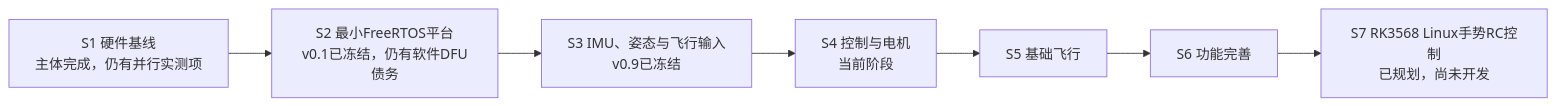
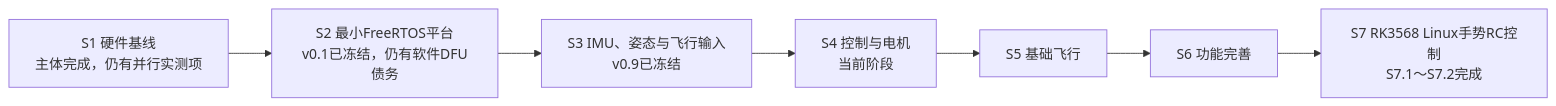
The diagram in Docs/00_项目开发路线与统一进度.md (weiguang0423/getfun-f722-freertos), drawn with Mermaid before and after one commit. The commit also changed other lines of this file and 33 other files, not shown here.

````diff
--- a/Docs/00_项目开发路线与统一进度.md
+++ b/Docs/00_项目开发路线与统一进度.md
@@ -98,12 +98,12 @@
 ```mermaid
 flowchart LR
     S1["S1 硬件基线<br/>主体完成，仍有并行实测项"]
     S2["S2 最小FreeRTOS平台<br/>v0.1已冻结，仍有软件DFU债务"]
     S3["S3 IMU、姿态与飞行输入<br/>v0.9已冻结"]
     S4["S4 控制与电机<br/>当前阶段"]
     S5["S5 基础飞行"]
     S6["S6 功能完善"]
-    S7["S7 RK3568 Linux手势RC控制<br/>已规划，尚未开发"]
+    S7["S7 RK3568 Linux手势RC控制<br/>S7.1～S7.2完成"]
 
     S1 --> S2 --> S3 --> S4 --> S5 --> S6 --> S7
 ```
````
